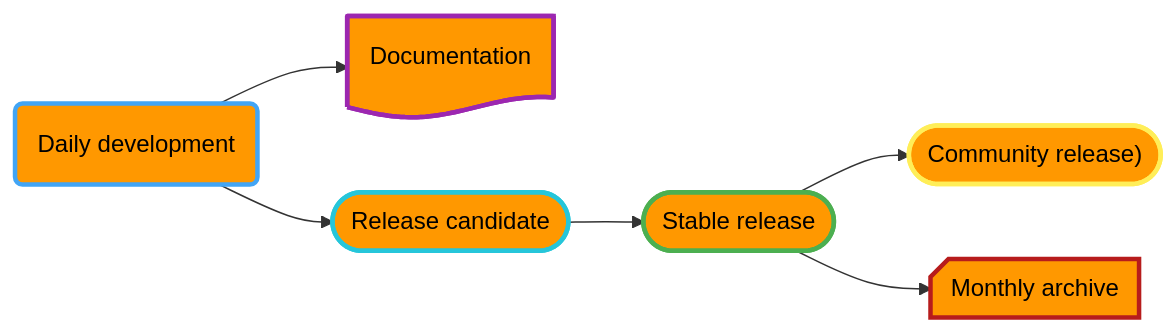
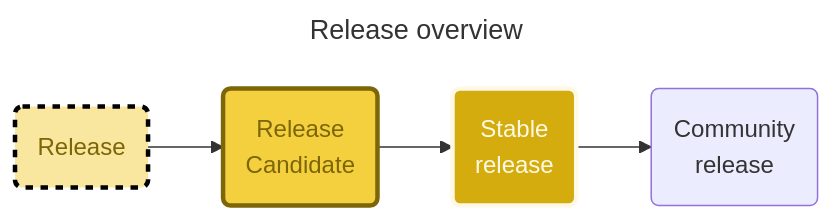
One commit to spectrum-health-systems/tingen-documentation changed the seventh of 7 diagrams in Development/Workflows/workflows.md. Above: the diagram before and after it, drawn with Mermaid. The commit also changed other lines of this file and 2 other files, not shown here.

````diff
--- a/Development/Workflows/workflows.md
+++ b/Development/Workflows/workflows.md
@@ -158,21 +308,23 @@
 ```mermaid
+---
+title: Release overview
+---
 flowchart LR
   %% Components
-  DailyDevelopment@{shape: rounded, label: "Daily development"}
-  Documentation@{shape: doc, label: "Documentation"}
-  MonthlyArchive@{shape: notch-rect, label: "Monthly archive"}
-  ReleaseCandidate@{shape: stadium, label: "Release candidate"}
-  StableRelease@{shape: stadium, label: "Stable release"}
-  CommunityRelease@{shape: stadium, label: "Community release)"}
+  Release@{shape: rounded, label: "Release"}
+  ReleaseCandidate@{shape: rounded, label: "Release\nCandidate"}
+  Stable@{shape: rounded, label: "Stable\nrelease"}
+  Community@{shape: rounded, label: "Community\nrelease"}
   %% Layout
-  DailyDevelopment --> Documentation
-  DailyDevelopment --> ReleaseCandidate --> StableRelease --> CommunityRelease
-  StableRelease --> MonthlyArchive
+  Release --> ReleaseCandidate
+  ReleaseCandidate --> Stable
+  Stable --> Community
   %% Styles
-  style DailyDevelopment color:#000,fill:#ff9800,stroke:#42a5f5,stroke-width:3px
-  style Documentation color:#000,fill:#ff9800,stroke:#9c27b0,stroke-width:3px
-  style MonthlyArchive color:#000,fill:#ff9800,stroke:#b71c1c,stroke-width:3px
-  style ReleaseCandidate color:#000,fill:#ff9800,stroke:#26c6da,stroke-width:3px
-  style StableRelease color:#000,fill:#ff9800,stroke:#4caf50,stroke-width:3px
-  style CommunityRelease color:#000,fill:#ff9800,stroke:#ffee58,stroke-width:3px
+  classDef Release stroke:#000000,stroke-width:3px,stroke-dasharray: 5 5,fill:#f9e79f,color:#7d6608
+  classDef ReleaseCandidate stroke:#7d6608,stroke-width:3px,fill:#f4d03f,color:#7d6608
+  classDef Stable stroke:#fef9e7,stroke-width:3px,fill:#d4ac0d,color:#fef9e7
+  classDef CommunityRelease stroke:#7d6608,stroke-width:3px,fill:#f9e79f,color:#7d6608
+  class Release Release
+  class ReleaseCandidate ReleaseCandidate
+  class Stable Stable
 ```
````
